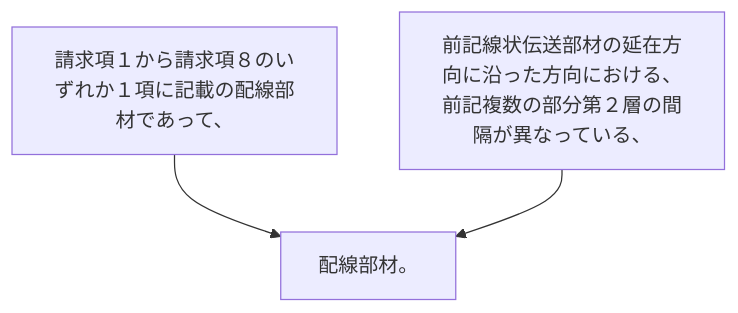
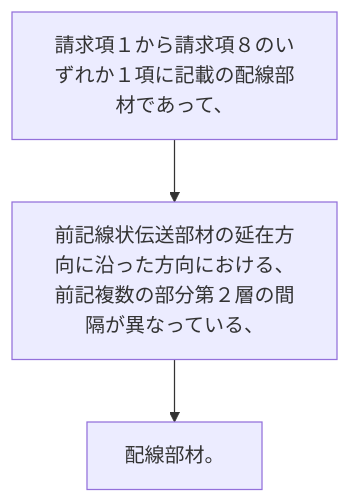
Before and after one commit to shinmori55/patent_analyzed: the diagram in 2024/JP2024001238A/claim_9/README.md, drawn with Mermaid. The commit also changed 336 other files, not shown here.

````diff
--- a/2024/JP2024001238A/claim_9/README.md
+++ b/2024/JP2024001238A/claim_9/README.md
@@ -3,8 +3,8 @@
 ```mermaid
 flowchart TD
 A[請求項１から請求項８のいずれか１項に記載の配線部材であって、]
 B[前記線状伝送部材の延在方向に沿った方向における、前記複数の部分第２層の間隔が異なっている、]
 C[配線部材。]
-A --> C
+A --> B
 B --> C
 ```
````
